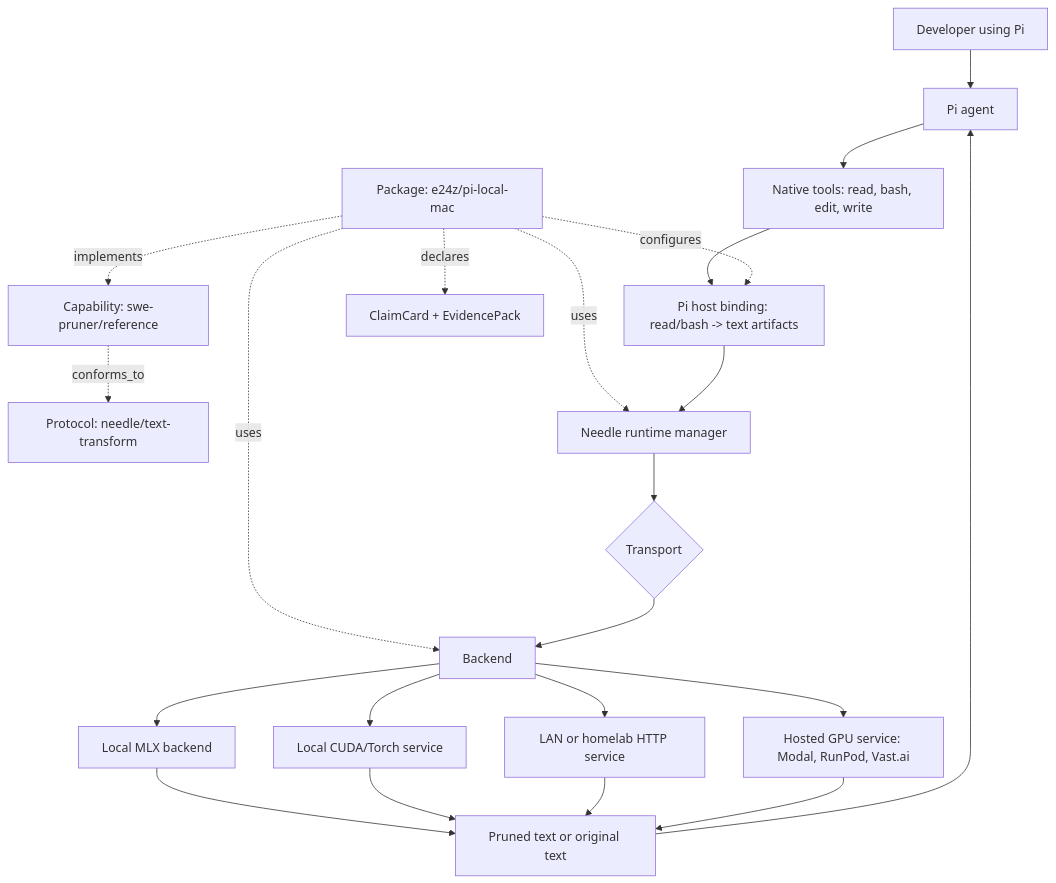
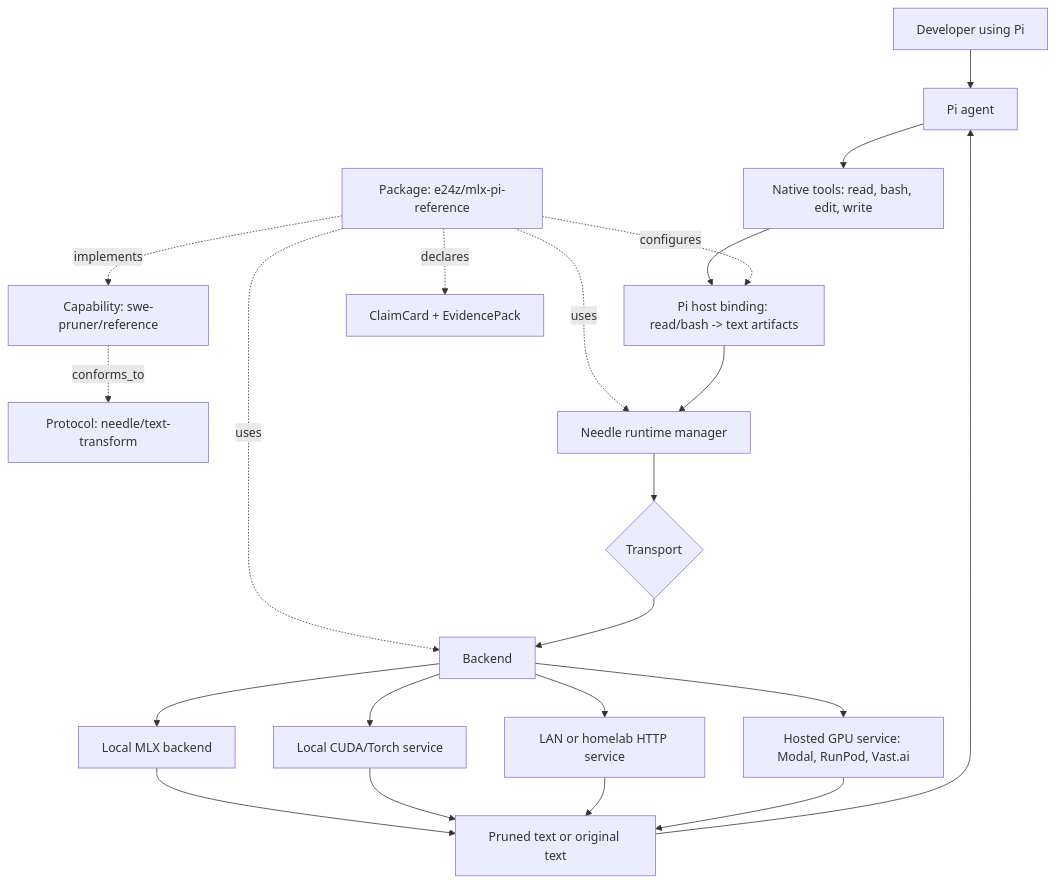
One commit to e24z/needle changed the third of 5 diagrams in docs/planning/NEEDLE-1.0-PRD.md. Above: the diagram before and after it, drawn with Mermaid. The commit also changed other lines of this file and 35 other files, not shown here.

````diff
--- a/docs/planning/NEEDLE-1.0-PRD.md
+++ b/docs/planning/NEEDLE-1.0-PRD.md
@@ -546,24 +549,24 @@
 ```mermaid
 flowchart TD
     User["Developer using Pi"] --> Pi["Pi agent"]
     Pi --> Tools["Native tools: read, bash, edit, write"]
     Tools --> Binding["Pi host binding: read/bash -> text artifacts"]
-    Package["Package: e24z/pi-local-mac"] -. configures .-> Binding
+    Package["Package: e24z/mlx-pi-reference"] -. configures .-> Binding
     Package -. implements .-> Capability["Capability: swe-pruner/reference"]
     Capability -. conforms_to .-> Protocol["Protocol: needle/text-transform"]
     Package -. uses .-> Runtime
     Package -. uses .-> Backend
     Package -. declares .-> Claim["ClaimCard + EvidencePack"]
     Binding --> Runtime["Needle runtime manager"]
     Runtime --> Transport{"Transport"}
     Backend --> LocalMLX["Local MLX backend"]
     Backend --> LocalCUDA["Local CUDA/Torch service"]
     Backend --> LAN["LAN or homelab HTTP service"]
     Backend --> Hosted["Hosted GPU service: Modal, RunPod, Vast.ai"]
     Transport --> Backend
     LocalMLX --> Result["Pruned text or original text"]
     LocalCUDA --> Result
     LAN --> Result
     Hosted --> Result
     Result --> Pi
 ```
````
